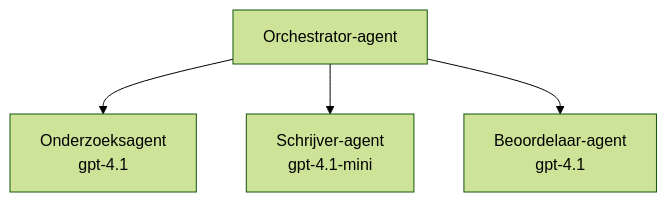
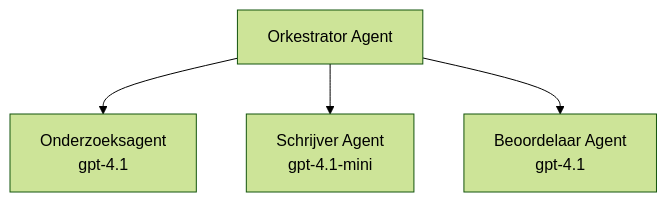
Before and after one commit to microsoft/AZD-for-beginners: the third of 3 diagrams in translations/nl/docs/chapter-02-ai-development/agents.md, drawn with Mermaid (forest theme). The commit also changed other lines of this file and 104 other files, not shown here.

````diff
--- a/translations/nl/docs/chapter-02-ai-development/agents.md
+++ b/translations/nl/docs/chapter-02-ai-development/agents.md
@@ -194,6 +201,6 @@
 ```mermaid
 graph TD
-    Orchestrator[Orchestrator-agent] --> Research[Onderzoeksagent<br/>gpt-4.1]
-    Orchestrator --> Writer[Schrijver-agent<br/>gpt-4.1-mini]
-    Orchestrator --> Reviewer[Beoordelaar-agent<br/>gpt-4.1]
+    Orchestrator[Orkestrator Agent] --> Research[Onderzoeksagent<br/>gpt-4.1]
+    Orchestrator --> Writer[Schrijver Agent<br/>gpt-4.1-mini]
+    Orchestrator --> Reviewer[Beoordelaar Agent<br/>gpt-4.1]
 ```
````
